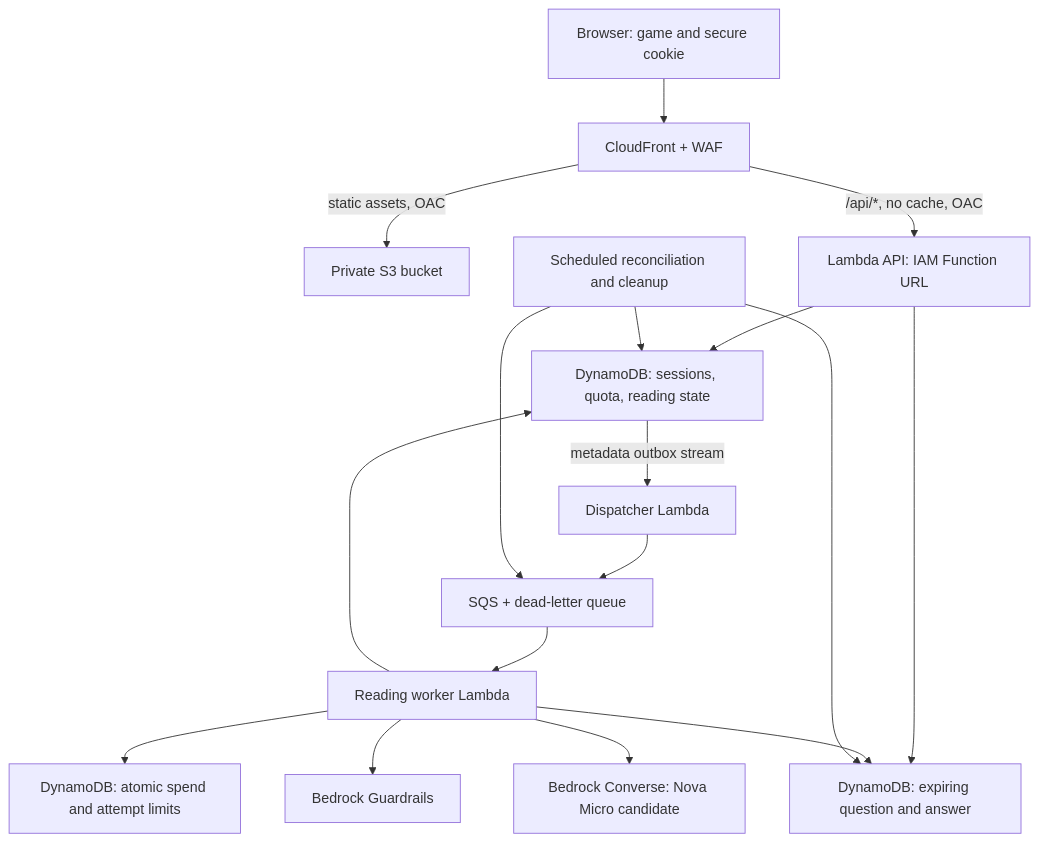
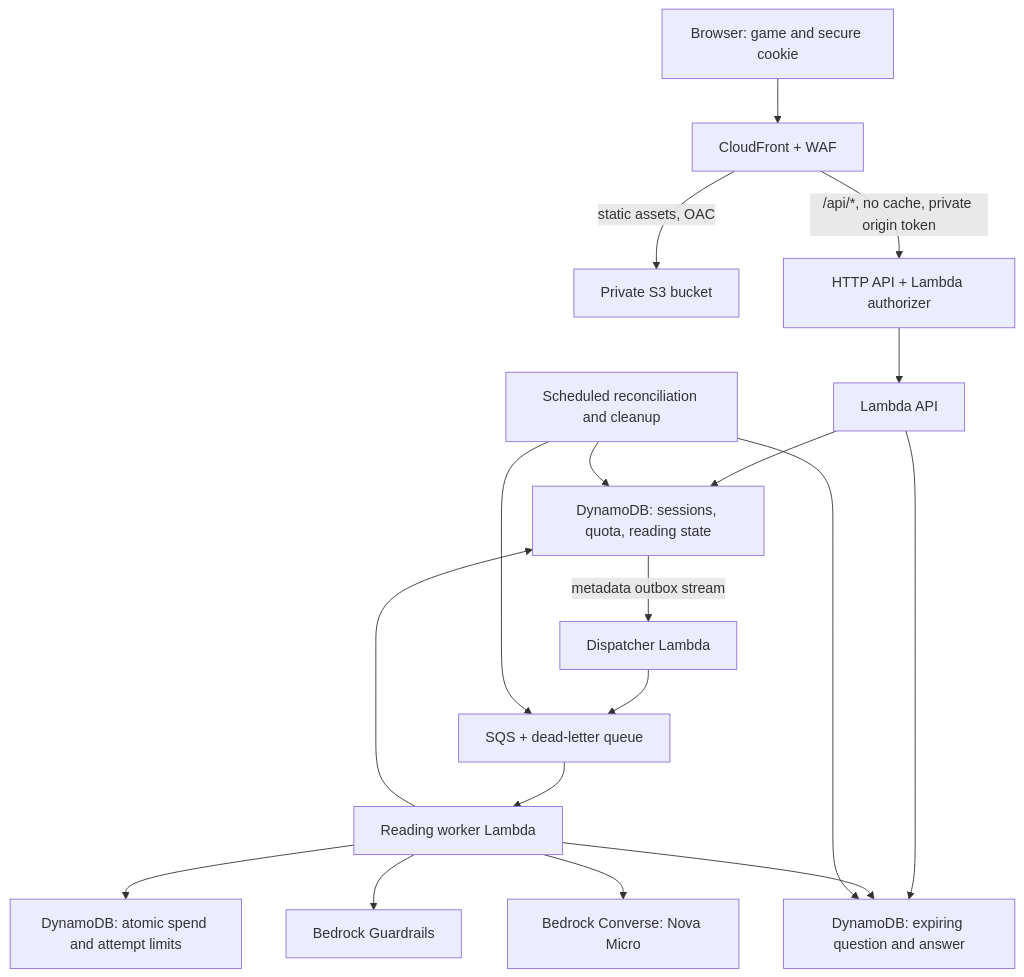
Before and after one commit to Ikkyuuuu/The-Blue-Veil: the second of 2 diagrams in GAME_PLAN.md, drawn with Mermaid. The commit also changed other lines of this file and 38 other files, not shown here.

Commit message:
Publish AWS backend, scene preloading, and architecture docs

````diff
--- a/GAME_PLAN.md
+++ b/GAME_PLAN.md
@@ -89,19 +89,20 @@
 ```mermaid
 flowchart TD
     Browser[Browser: game and secure cookie] --> Edge[CloudFront + WAF]
     Edge -->|static assets, OAC| S3[Private S3 bucket]
-    Edge -->|/api/*, no cache, OAC| API[Lambda API: IAM Function URL]
+    Edge -->|/api/*, no cache, private origin token| Gateway[HTTP API + Lambda authorizer]
+    Gateway --> API[Lambda API]
     API --> State[DynamoDB: sessions, quota, reading state]
     API --> Content[DynamoDB: expiring question and answer]
     State -->|metadata outbox stream| Dispatch[Dispatcher Lambda]
     Dispatch --> Queue[SQS + dead-letter queue]
     Queue --> Worker[Reading worker Lambda]
     Worker --> Limits[DynamoDB: atomic spend and attempt limits]
     Worker --> Guard[Bedrock Guardrails]
-    Worker --> Model[Bedrock Converse: Nova Micro candidate]
+    Worker --> Model[Bedrock Converse: Nova Micro]
     Worker --> Content
     Worker --> State
     Reconcile[Scheduled reconciliation and cleanup] --> State
     Reconcile --> Content
     Reconcile --> Queue
 ```
````
